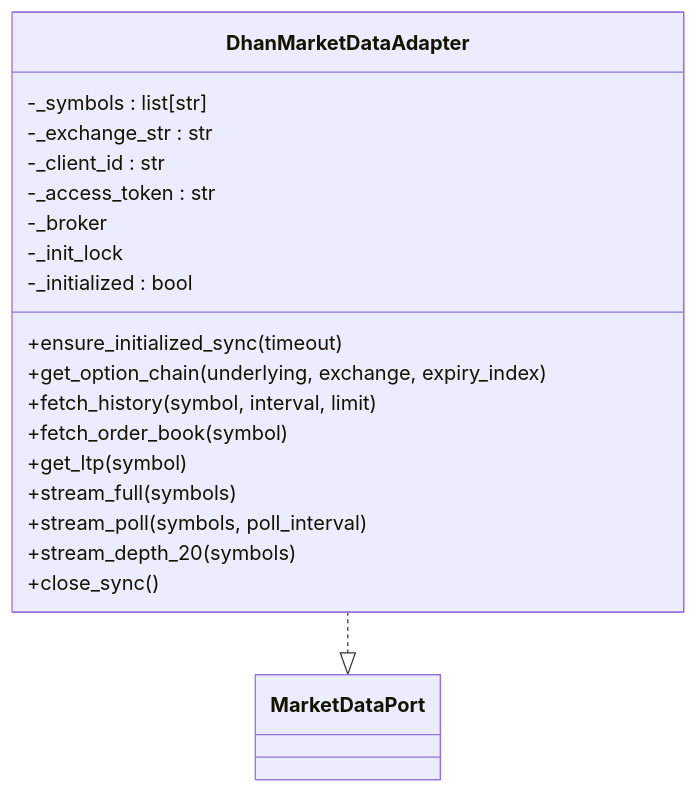
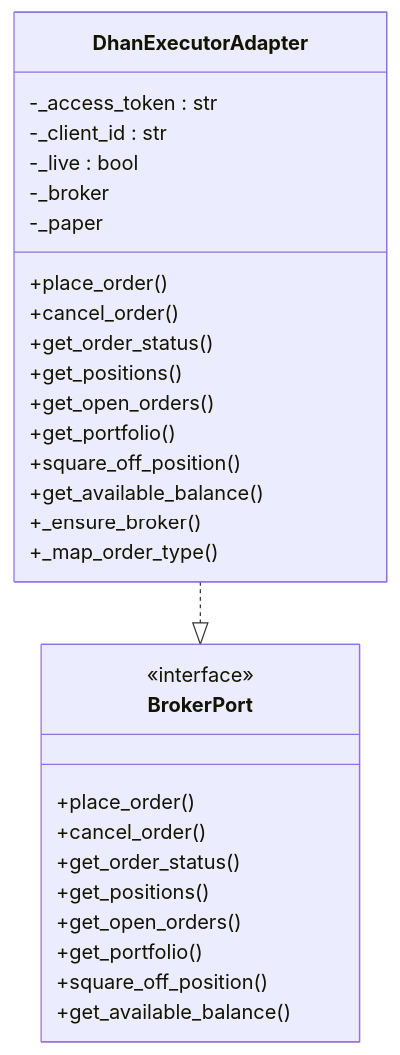
Before and after one commit to gemrajkhatry-maker/v5-of-glassytrade-ai: the third of 8 diagrams in .qoder/repowiki/en/content/Architecture Deep Dive/Clean Architecture Layers/Infrastructure Layer/Infrastructure Layer.md, drawn with Mermaid. The commit also changed other lines of this file and 930 other files, not shown here.

````diff
--- a/.qoder/repowiki/en/content/Architecture Deep Dive/Clean Architecture Layers/Infrastructure Layer/Infrastructure Layer.md
+++ b/.qoder/repowiki/en/content/Architecture Deep Dive/Clean Architecture Layers/Infrastructure Layer/Infrastructure Layer.md
@@ -198,23 +225,32 @@
 ```mermaid
 classDiagram
-class MarketDataPort
-class DhanMarketDataAdapter {
--_symbols : list[str]
--_exchange_str : str
+class BrokerPort {
+<<interface>>
++place_order()
++cancel_order()
++get_order_status()
++get_positions()
++get_open_orders()
++get_portfolio()
++square_off_position()
++get_available_balance()
+}
+class DhanExecutorAdapter {
+-_access_token : str
 -_client_id : str
--_access_token : str
+-_live : bool
 -_broker
--_init_lock
--_initialized : bool
-+ensure_initialized_sync(timeout)
-+get_option_chain(underlying, exchange, expiry_index)
-+fetch_history(symbol, interval, limit)
-+fetch_order_book(symbol)
-+get_ltp(symbol)
-+stream_full(symbols)
-+stream_poll(symbols, poll_interval)
-+stream_depth_20(symbols)
-+close_sync()
+-_paper
++place_order()
++cancel_order()
++get_order_status()
++get_positions()
++get_open_orders()
++get_portfolio()
++square_off_position()
++get_available_balance()
++_ensure_broker()
++_map_order_type()
 }
-DhanMarketDataAdapter ..|> MarketDataPort
+DhanExecutorAdapter ..|> BrokerPort
 ```
````
